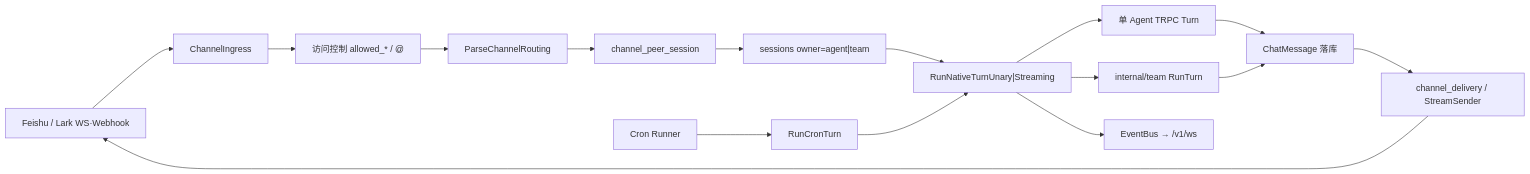
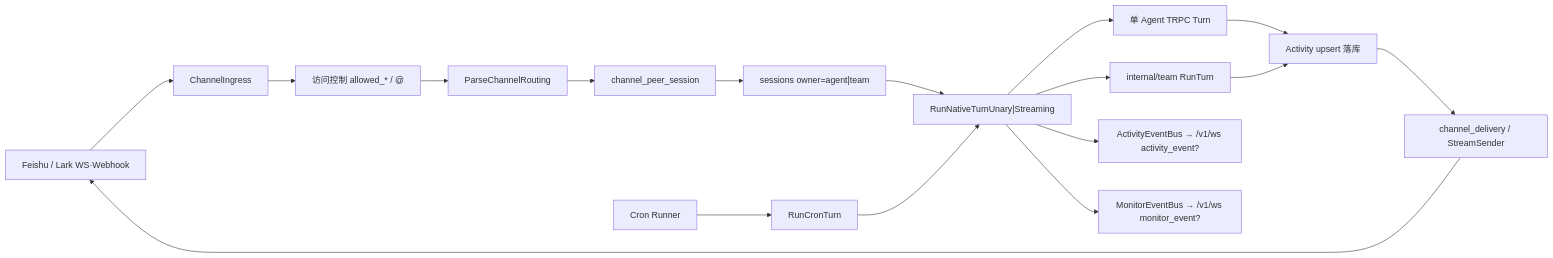
The fifth of 8 diagrams in docs/development/0-system-diagram.md (AmarsDing/aranea-agents), drawn with Mermaid before and after one commit. The commit also changed other lines of this file and 51 other files, not shown here.

````diff
--- a/docs/development/0-system-diagram.md
+++ b/docs/development/0-system-diagram.md
@@ -201,18 +207,19 @@
 ```mermaid
 flowchart LR
   Feishu["Feishu / Lark WS·Webhook"] --> Ingress["ChannelIngress"]
   Ingress --> Access["访问控制 allowed_* / @"]
   Access --> Route["ParseChannelRouting"]
   Route --> Peer["channel_peer_session"]
   Peer --> Session["sessions owner=agent|team"]
   Session --> Native["RunNativeTurnUnary|Streaming"]
   Cron["Cron Runner"] --> CronTurn["RunCronTurn"]
   CronTurn --> Native
   Native --> AgentR["单 Agent TRPC Turn"]
   Native --> TeamR["internal/team RunTurn"]
-  AgentR --> Msg["ChatMessage 落库"]
-  TeamR --> Msg
-  Msg --> Out["channel_delivery / StreamSender"]
+  AgentR --> Act["Activity upsert 落库"]
+  TeamR --> Act
+  Act --> Out["channel_delivery / StreamSender"]
   Out --> Feishu
-  Native --> EB["EventBus → /v1/ws"]
+  Native --> AEB["ActivityEventBus → /v1/ws activity_event?"]
+  Native --> MEB["MonitorEventBus → /v1/ws monitor_event?"]
 ```
````
